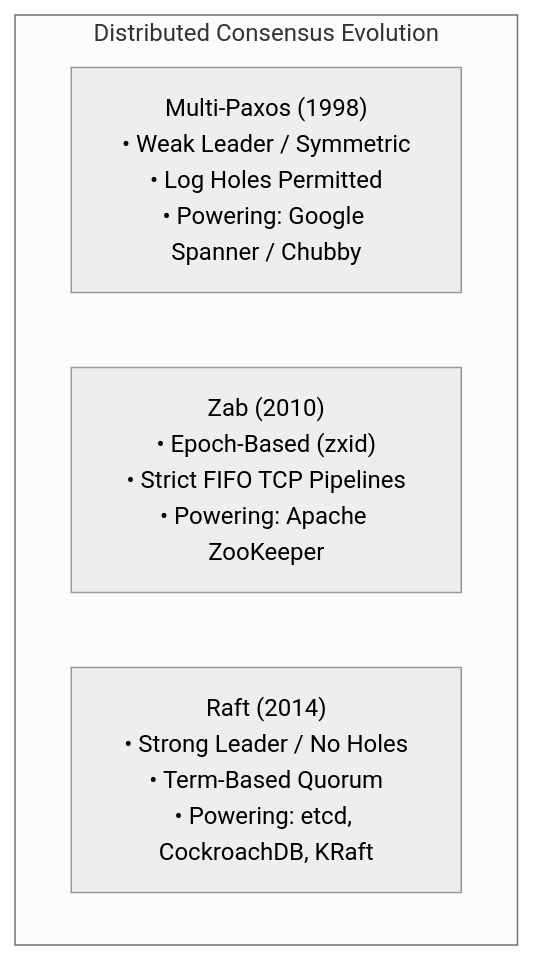
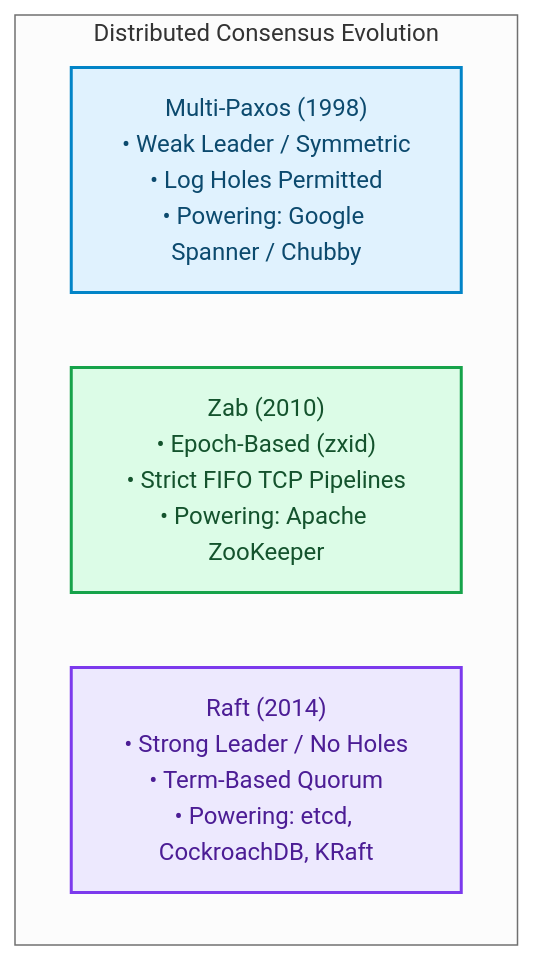
Before and after one commit to akmalkhaniub/akmalkhaniub.github.io: the first of 2 diagrams in blog/posts/raft-vs-multi-paxos-vs-zab-distributed-consensus-outage-postmortems.md, drawn with Mermaid (neutral theme). The commit also changed other lines of this file and 1291 other files, not shown here.

First line of the commit message:
feat(catalog): unique covers, scholarly references, and diagram palettes

````diff
--- a/blog/posts/raft-vs-multi-paxos-vs-zab-distributed-consensus-outage-postmortems.md
+++ b/blog/posts/raft-vs-multi-paxos-vs-zab-distributed-consensus-outage-postmortems.md
@@ -14,8 +14,17 @@
 ```mermaid
 flowchart TD
   subgraph SG1_DistributedConsensusEvolution ["Distributed Consensus Evolution"]
     Paxos["Multi-Paxos (1998)\n• Weak Leader / Symmetric\n• Log Holes Permitted\n• Powering: Google Spanner / Chubby"]
     Zab["Zab (2010)\n• Epoch-Based (zxid)\n• Strict FIFO TCP Pipelines\n• Powering: Apache ZooKeeper"]
     Raft["Raft (2014)\n• Strong Leader / No Holes\n• Term-Based Quorum\n• Powering: etcd, CockroachDB, KRaft"]
   end
+
+classDef green fill:#dcfce7,stroke:#16a34a,stroke-width:2px,color:#14532d;
+classDef red fill:#fee2e2,stroke:#dc2626,stroke-width:2px,color:#7f1d1d;
+classDef blue fill:#e0f2fe,stroke:#0284c7,stroke-width:2px,color:#0c4a6e;
+classDef yellow fill:#fef3c7,stroke:#d97706,stroke-width:2px,color:#78350f;
+classDef purple fill:#ede9fe,stroke:#7c3aed,stroke-width:2px,color:#4c1d95;
+class Paxos blue
+class Zab green
+class Raft purple
 ```
````
